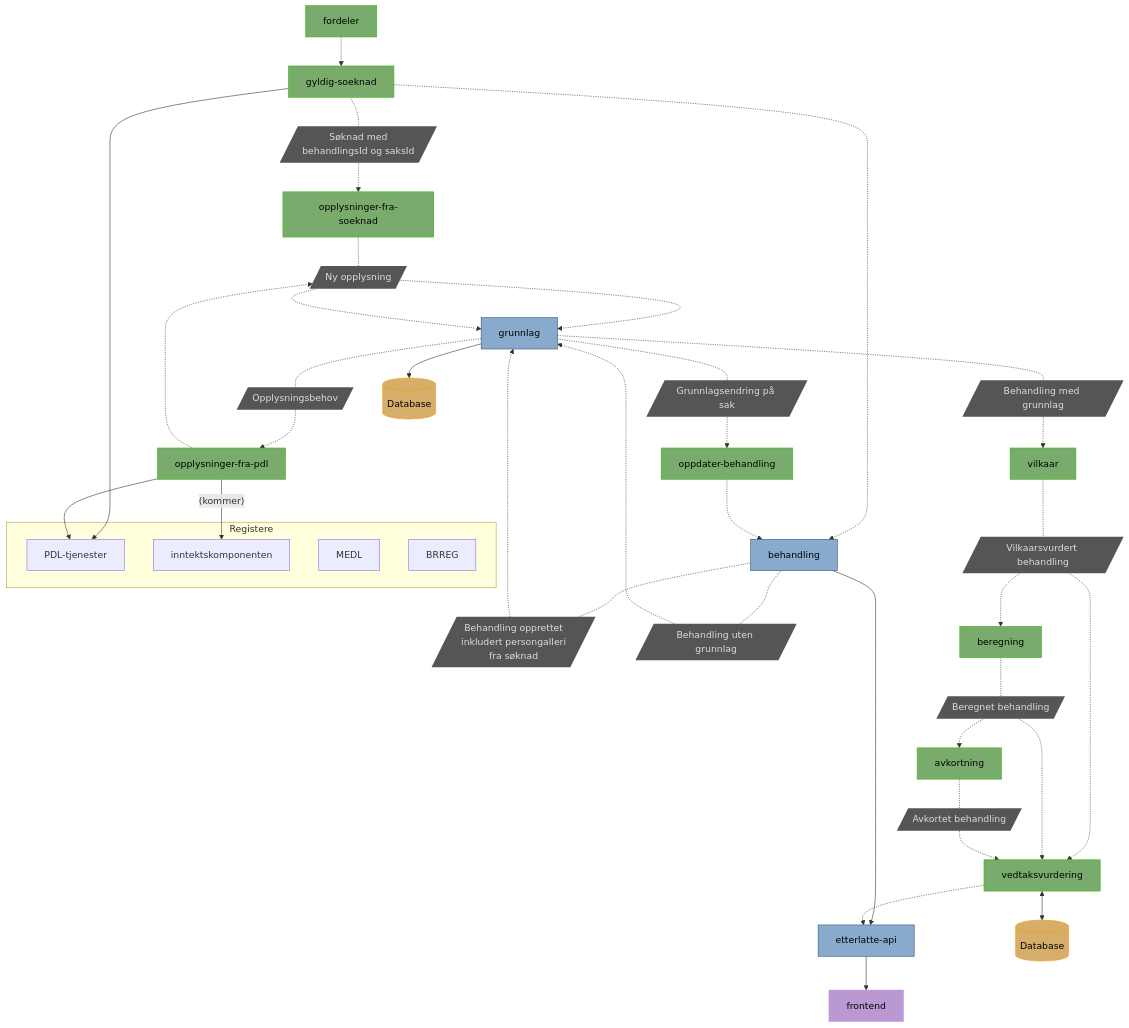
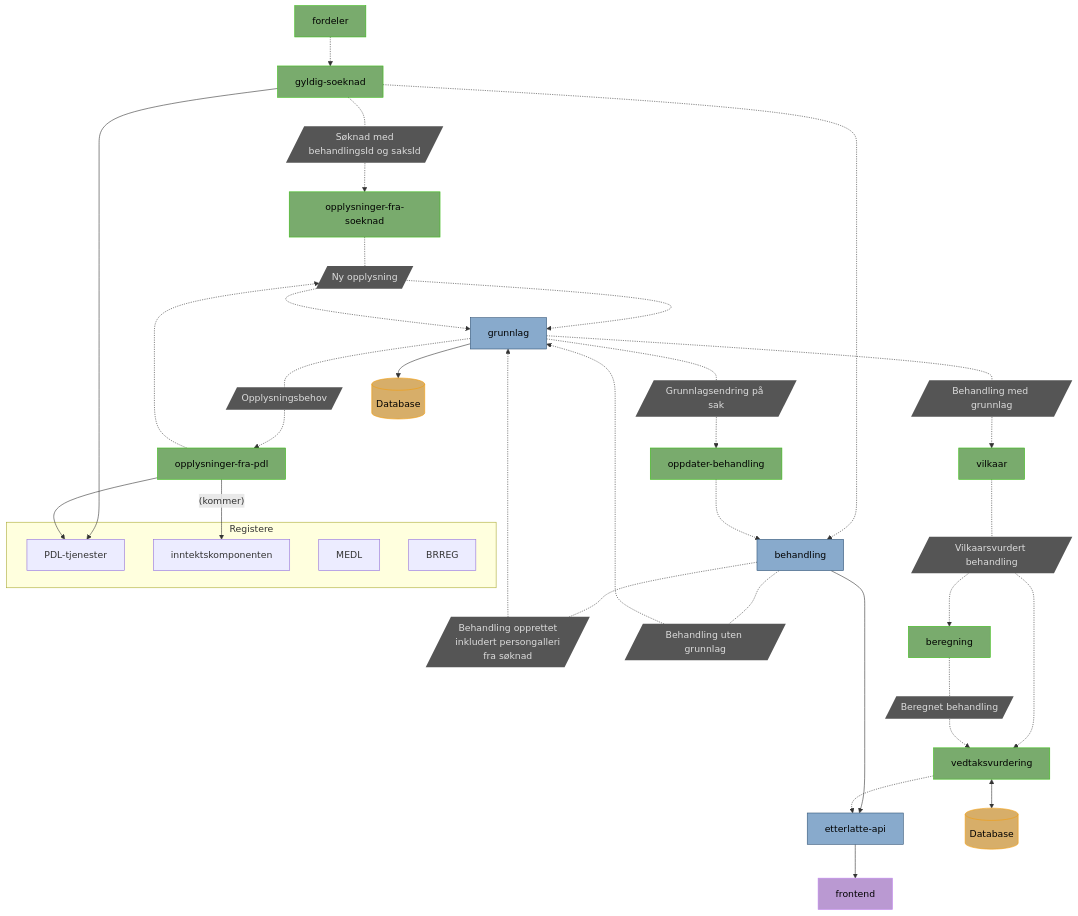
The diagram in README.md (navikt/pensjon-etterlatte-saksbehandling), drawn with Mermaid before and after one commit. The commit also changed other lines of this file and 50 other files, not shown here.

````diff
--- a/README.md
+++ b/README.md
@@ -104,48 +101,46 @@
 ```mermaid
 flowchart TD
 
 classDef front fill:#BA99D2FF,color:#000,stroke:#C488F0FF
 classDef app fill:#88AACC,color:#000,stroke:#335577
 classDef db fill:#D7AE69FF,color:#000,stroke:#F39D0CFF
 classDef kafka fill:#79ab6d,color:#000,stroke:#39ba15
 classDef msg fill:#555,color:#ddd,stroke:none
 
 fordeler:::kafka -.-> gyldig-soeknad
 
 gyldig-soeknad:::kafka -.- t1[/"S&oslash;knad med\n behandlingsId og saksId"/]:::msg -.-> opplysninger-fra-soeknad
 gyldig-soeknad -.-> behandling:::app
 gyldig-soeknad --> pdl
 
 behandling -.- t2[/"Behandling opprettet\n inkludert persongalleri\n fra s&oslash;knad"/]:::msg -.-> grunnlag
 behandling -.- t3[/"Behandling uten grunnlag"/]:::msg -.-> grunnlag
 behandling --> etterlatte-api:::app
 etterlatte-api --> frontend:::front
 
 subgraph registere["Registere"]
     pdl["PDL-tjenester"]
     inntektskomponenten
     MEDL
     BRREG
 end
 
 opplysninger-fra-soeknad:::kafka -.- t5[/"Ny opplysning"/]:::msg -.-> grunnlag:::app
 opplysninger-fra-pdl:::kafka --> pdl
 opplysninger-fra-pdl -- "(kommer)" --> inntektskomponenten
 opplysninger-fra-pdl -.->  t5 -.-> grunnlag
 
 oppdater-behandling -.-> behandling
 
 grunnlag -.- t6[/"Opplysningsbehov"/]:::msg -.-> opplysninger-fra-pdl
 grunnlag -.- t7[/"Grunnlagsendring p&aring; sak"/]:::msg -.-> oppdater-behandling:::kafka
 grunnlag -.- t8[/"Behandling med grunnlag"/]:::msg -.-> vilkaar:::kafka
 grunnlag --> database[(Database)]:::db
 
 vilkaar -.- t9[/"Vilkaarsvurdert behandling"/]:::msg -.-> vedtaksvurdering:::kafka
 t9 -.-> beregning:::kafka
-beregning -.- t11[/"Beregnet behandling"/]:::msg -.-> avkortning:::kafka
-t11 -.-> vedtaksvurdering
-avkortning -.- t12[/"Avkortet behandling"/]:::msg -.-> vedtaksvurdering
+beregning -.- t11[/"Beregnet behandling"/]:::msg -.-> vedtaksvurdering
 
 vedtaksvurdering <--> db2[(Database)]:::db
 vedtaksvurdering -.-> etterlatte-api
 ```
````
